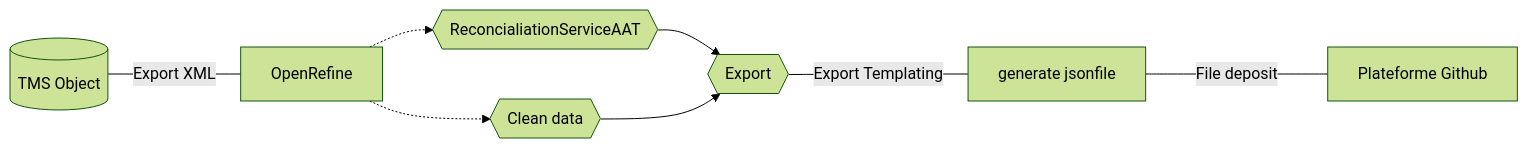
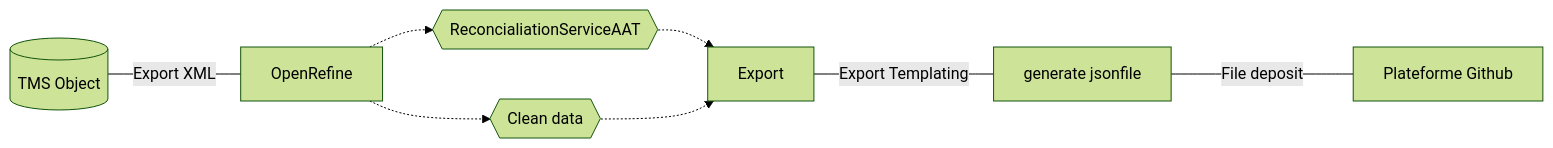
Before and after one commit to CRR-EPMO/VanGoghDataproject: the diagram in README.md, drawn with Mermaid (forest theme).

````diff
--- a/README.md
+++ b/README.md
@@ -19,10 +19,10 @@
 ```mermaid
   graph LR;
      A[(TMS Object)]-- Export XML --- B[OpenRefine]
      B -.-> C{{ReconcialiationServiceAAT}}
      B -.-> E{{Clean data}}
-     C --> F{{Export}}
-     E --> F
+     C -.-> F[Export]
+     E -.-> F
      F -- Export Templating --- D[generate jsonfile]
      D -- File deposit ---- G[Plateforme Github]
 ```
````
